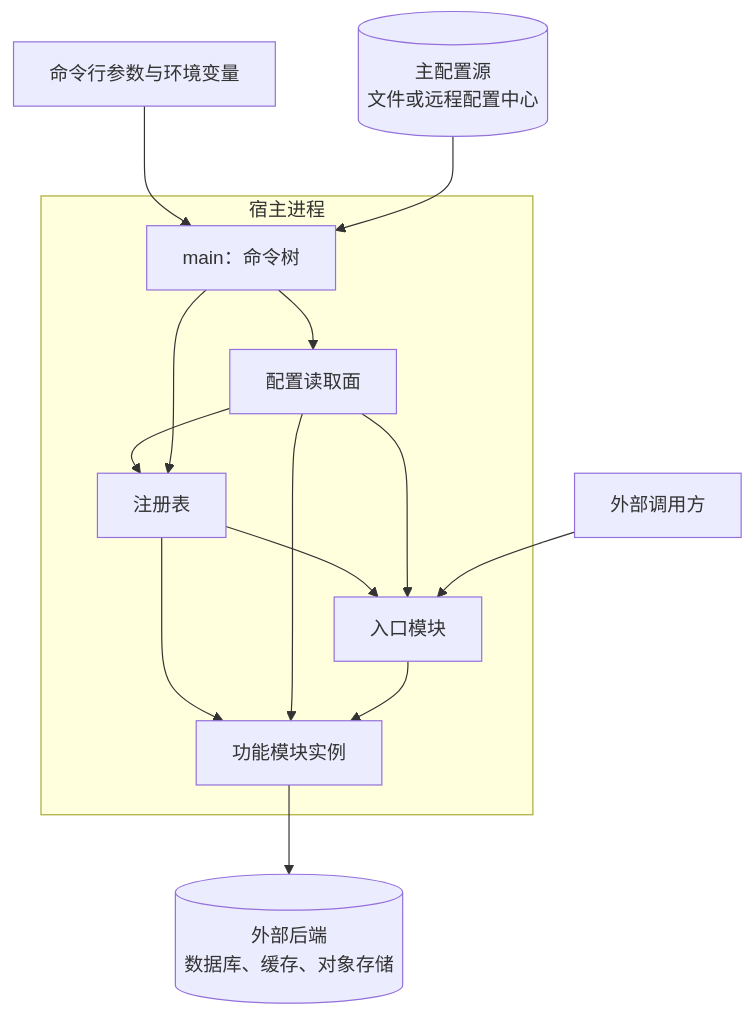
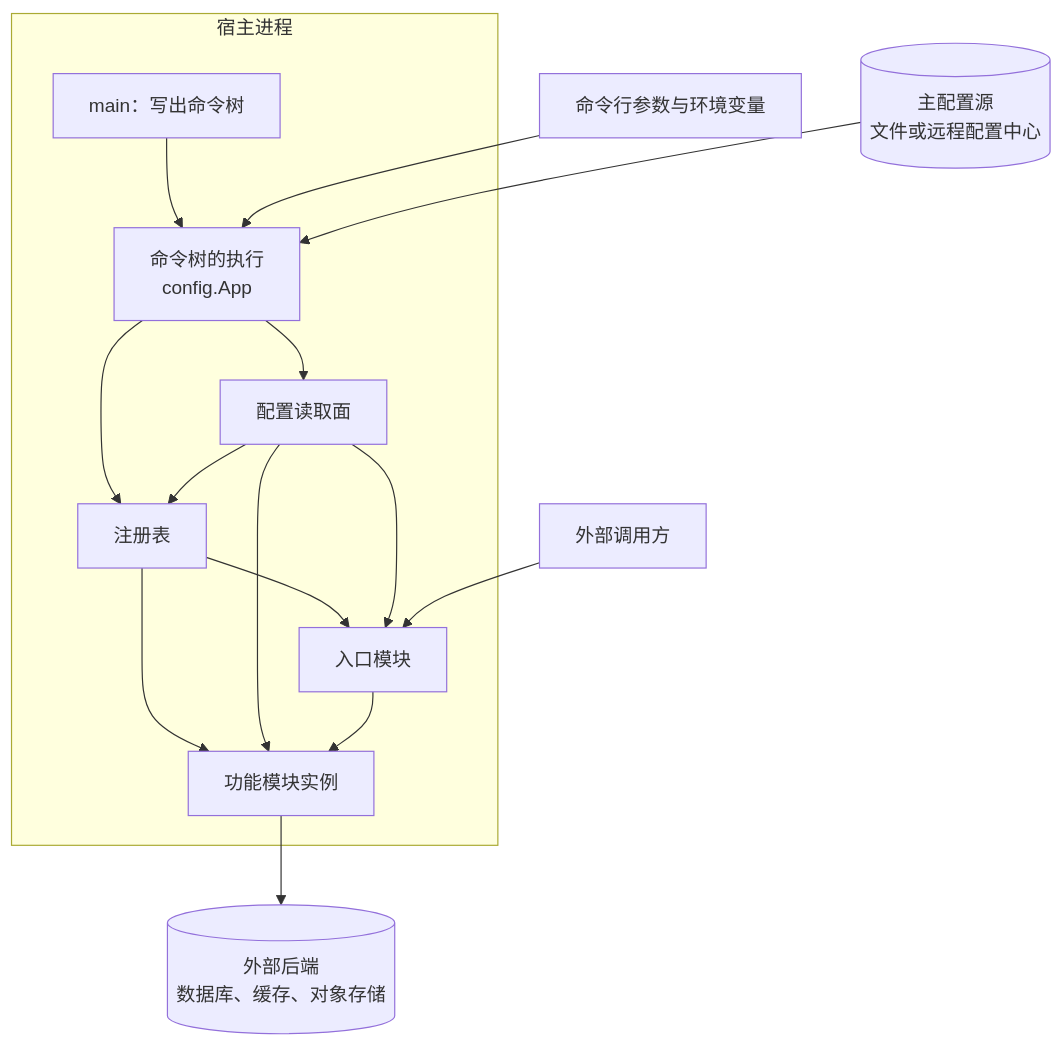
The second of 2 diagrams in docs/design/architecture.md (wangzw/speed), drawn with Mermaid before and after one commit. The commit also changed other lines of this file, not shown here.

First line of the commit message:
docs(design): align the architecture document with the command tree

````diff
--- a/docs/design/architecture.md
+++ b/docs/design/architecture.md
@@ -66,28 +66,30 @@
 ```mermaid
 graph TD
   cli["命令行参数与环境变量"]
   primary[("主配置源<br/>文件或远程配置中心")]
   client["外部调用方"]
   backend[("外部后端<br/>数据库、缓存、对象存储")]
 
   subgraph proc["宿主进程"]
-    main["main：命令树"]
+    main["main：写出命令树"]
+    exec["命令树的执行<br/>config.App"]
     registry["注册表"]
     cfg["配置读取面"]
     entry["入口模块"]
     instances["功能模块实例"]
-    main --> cfg
+    main --> exec
+    exec --> cfg
+    exec --> registry
     cfg --> registry
-    main --> registry
     registry --> entry
     registry --> instances
     cfg --> instances
     cfg --> entry
     entry --> instances
   end
 
-  cli --> main
-  primary --> main
+  cli --> exec
+  primary --> exec
   client --> entry
   instances --> backend
 ```
````
